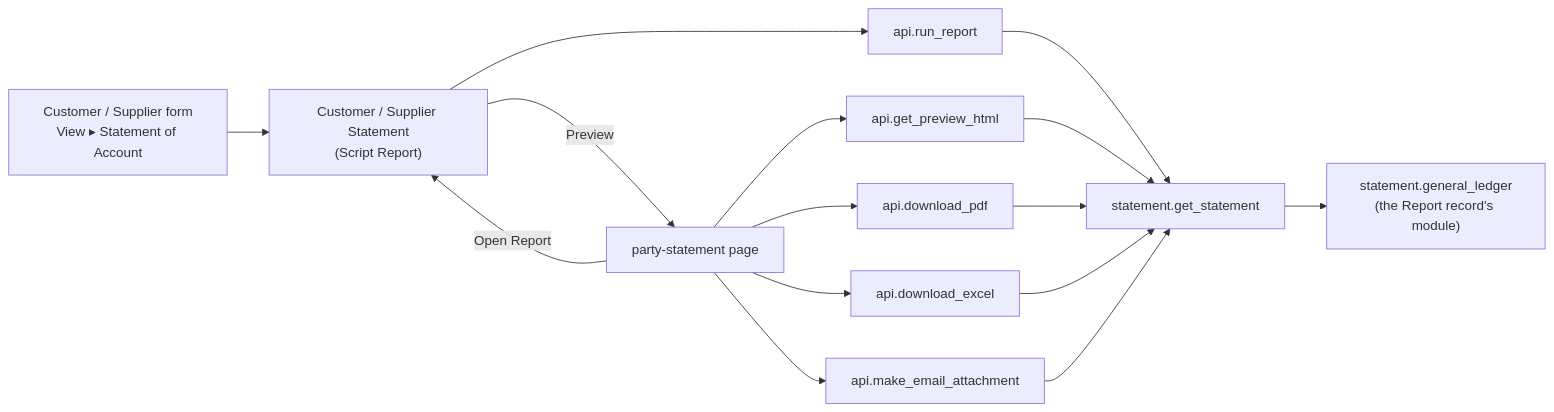
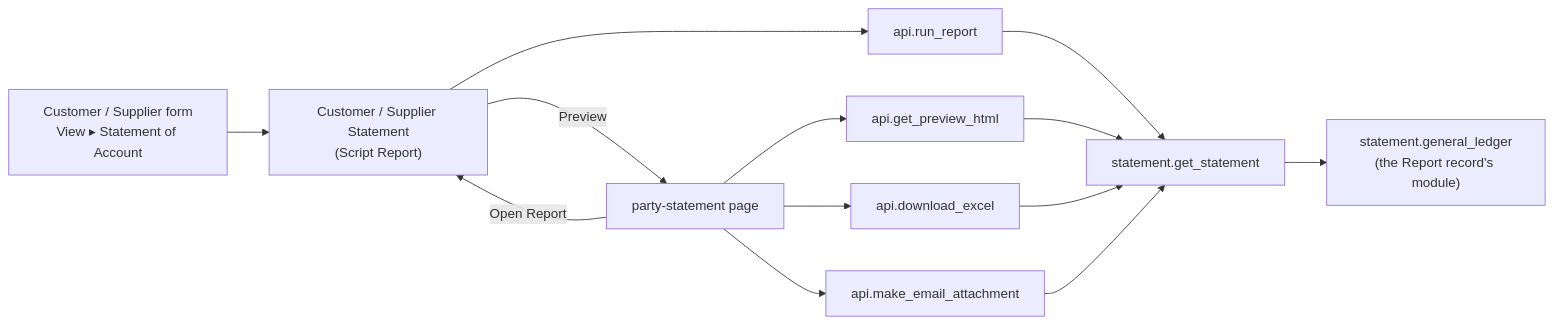
The diagram in docs/party-statement/reference.md (itsystematic/optima_payment), drawn with Mermaid before and after one commit. The commit also changed other lines of this file and 2 other files, not shown here.

Commit message:
docs(party-statement): point users to Save as PDF in the print window

````diff
--- a/docs/party-statement/reference.md
+++ b/docs/party-statement/reference.md
@@ -70,13 +70,12 @@
 ```mermaid
 flowchart LR
     form["Customer / Supplier form<br/>View ▸ Statement of Account"] --> report["Customer / Supplier Statement<br/>(Script Report)"]
     report -- Preview --> page["party-statement page"]
     page -- Open Report --> report
     report --> run["api.run_report"]
     page --> html["api.get_preview_html"]
-    page --> pdf["api.download_pdf"]
     page --> xlsx["api.download_excel"]
     page --> mail["api.make_email_attachment"]
-    run & html & pdf & xlsx & mail --> gs["statement.get_statement"]
+    run & html & xlsx & mail --> gs["statement.get_statement"]
     gs --> gl["statement.general_ledger<br/>(the Report record's module)"]
 ```
````
